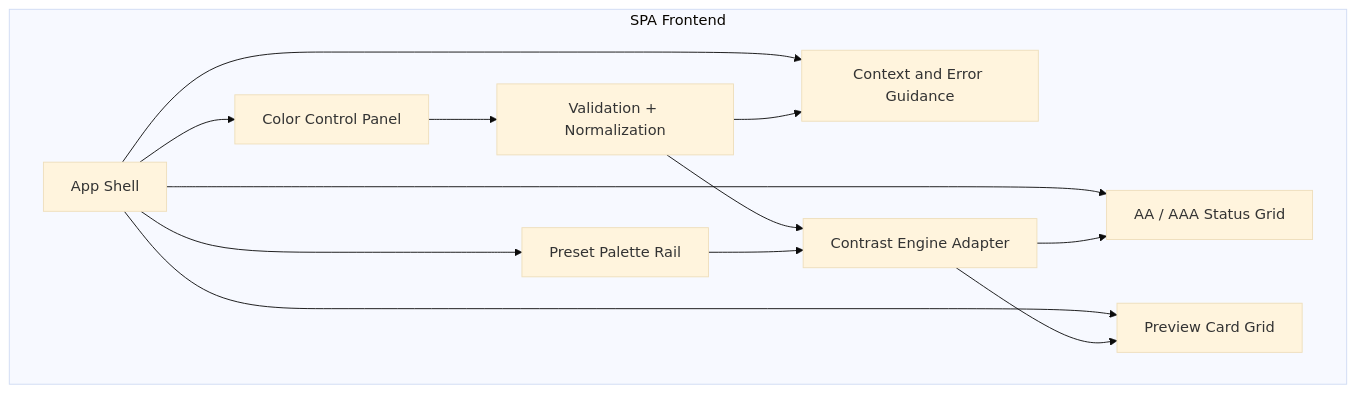
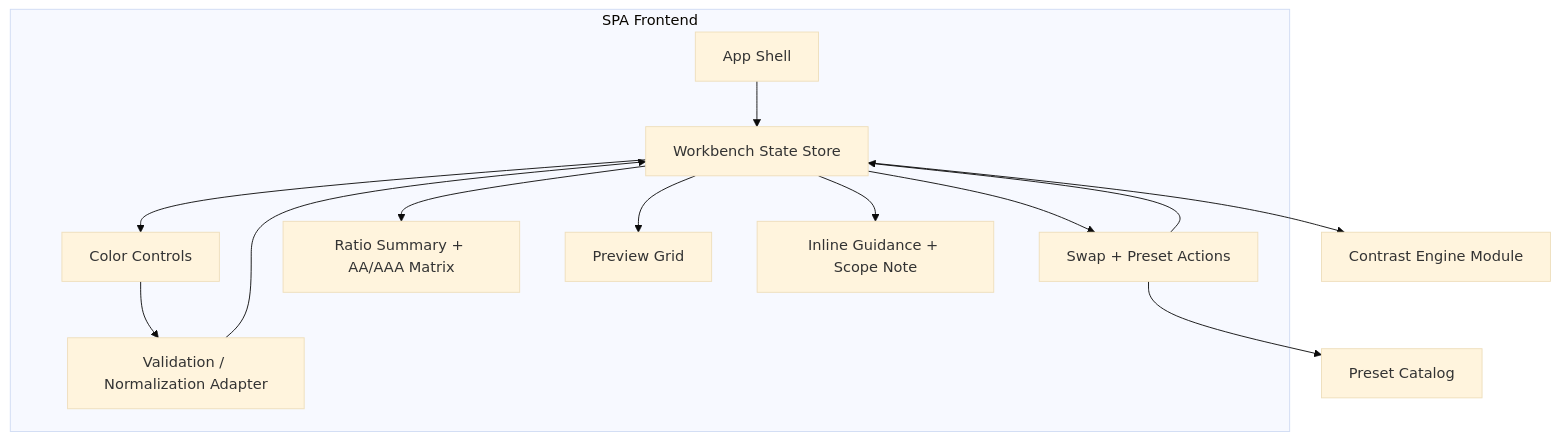
The third of 8 diagrams in docs/architecture/c4.md (superiority-claw-agent/contrast-workbench-spark-0606), drawn with Mermaid (base theme) before and after one commit. The commit also changed other lines of this file and 26 other files, not shown here.

Commit message:
Implement contrast-workbench-spark-0606 web app

````diff
--- a/docs/architecture/c4.md
+++ b/docs/architecture/c4.md
@@ -55,25 +68,25 @@
 ```mermaid
 graph TD
-    subgraph "SPA Frontend"
+    subgraph SPA["SPA Frontend"]
         AppShell["App Shell"]
-        ControlPanel["Color Control Panel"]
-        Validation["Validation + Normalization"]
-        EngineAdapter["Contrast Engine Adapter"]
-        StatusGrid["AA / AAA Status Grid"]
-        Presets["Preset Palette Rail"]
-        PreviewGrid["Preview Card Grid"]
-        Guidance["Context and Error Guidance"]
+        State["Workbench State Store"]
+        Controls["Color Controls"]
+        Validation["Validation / Normalization Adapter"]
+        Actions["Swap + Preset Actions"]
+        Results["Ratio Summary + AA/AAA Matrix"]
+        Previews["Preview Grid"]
+        Guidance["Inline Guidance + Scope Note"]
     end
 
-    AppShell --> ControlPanel
-    AppShell --> StatusGrid
-    AppShell --> Presets
-    AppShell --> PreviewGrid
-    AppShell --> Guidance
-    ControlPanel --> Validation
-    Validation --> EngineAdapter
-    Presets --> EngineAdapter
-    EngineAdapter --> StatusGrid
-    EngineAdapter --> PreviewGrid
-    Validation --> Guidance
+    AppShell --> State
+    State --> Controls
+    State --> Actions
+    State --> Results
+    State --> Previews
+    State --> Guidance
+    Controls --> Validation
+    Validation --> State
+    Actions --> State
+    State --> Engine["Contrast Engine Module"]
+    Actions --> Catalog["Preset Catalog"]
 ```
````
